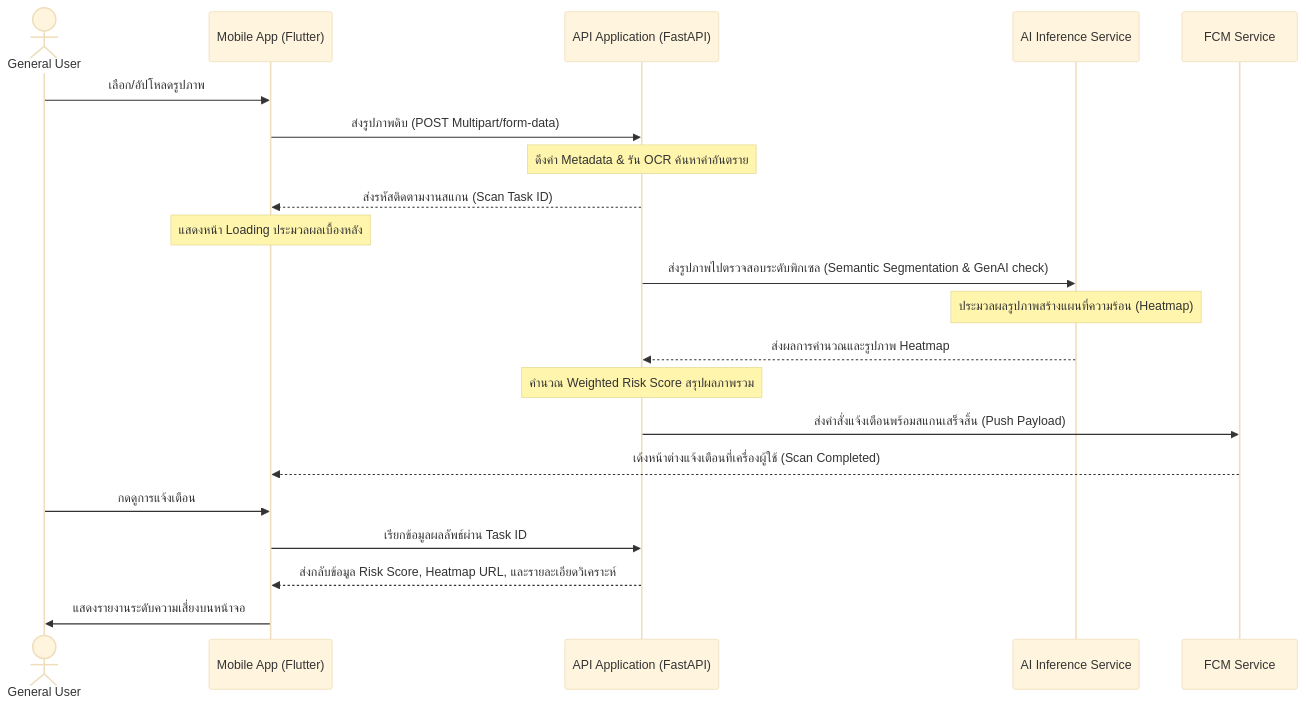
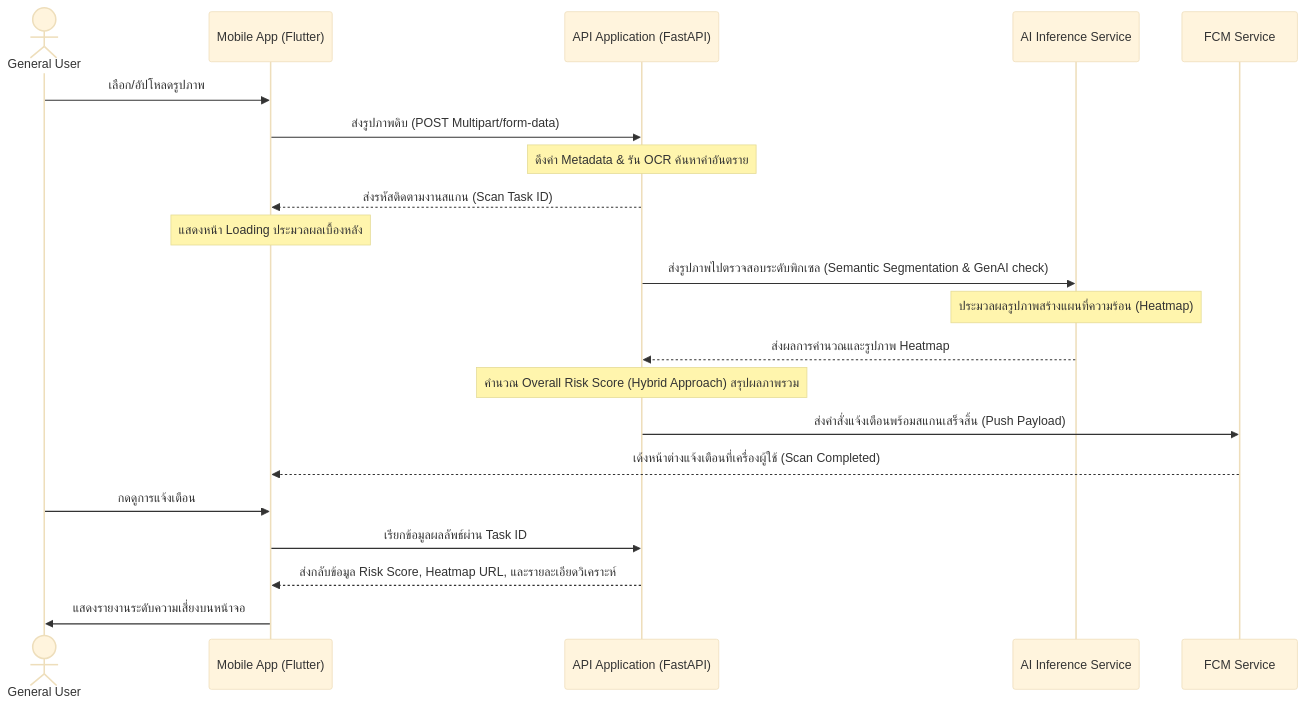
The third of 3 diagrams in wiki/architecture/design-overview.md (Panuwat-ta/project), drawn with Mermaid (base theme) before and after one commit. The commit also changed other lines of this file and 51 other files, not shown here.

First line of the commit message:
Refactor risk scoring methodology to Overall Risk Score with Hybrid Approach

````diff
--- a/wiki/architecture/design-overview.md
+++ b/wiki/architecture/design-overview.md
@@ -141,27 +141,27 @@
 ```mermaid
 sequenceDiagram
     actor User as General User
     participant App as Mobile App (Flutter)
     participant API as API Application (FastAPI)
     participant AI as AI Inference Service
     participant Push as FCM Service
 
     User->>App: เลือก/อัปโหลดรูปภาพ
     App->>API: ส่งรูปภาพดิบ (POST Multipart/form-data)
     Note over API: ดึงค่า Metadata & รัน OCR ค้นหาคำอันตราย
     API-->>App: ส่งรหัสติดตามงานสแกน (Scan Task ID)
     Note over App: แสดงหน้า Loading ประมวลผลเบื้องหลัง
     
     API->>AI: ส่งรูปภาพไปตรวจสอบระดับพิกเซล (Semantic Segmentation & GenAI check)
     Note over AI: ประมวลผลรูปภาพสร้างแผนที่ความร้อน (Heatmap)
     AI-->>API: ส่งผลการคำนวณและรูปภาพ Heatmap
     
-    Note over API: คำนวณ Weighted Risk Score สรุปผลภาพรวม
+    Note over API: คำนวณ Overall Risk Score (Hybrid Approach) สรุปผลภาพรวม
     API->>Push: ส่งคำสั่งแจ้งเตือนพร้อมสแกนเสร็จสิ้น (Push Payload)
     Push-->>App: เด้งหน้าต่างแจ้งเตือนที่เครื่องผู้ใช้ (Scan Completed)
     
     User->>App: กดดูการแจ้งเตือน
     App->>API: เรียกข้อมูลผลลัพธ์ผ่าน Task ID
     API-->>App: ส่งกลับข้อมูล Risk Score, Heatmap URL, และรายละเอียดวิเคราะห์
     App->>User: แสดงรายงานระดับความเสี่ยงบนหน้าจอ
 ```
````
